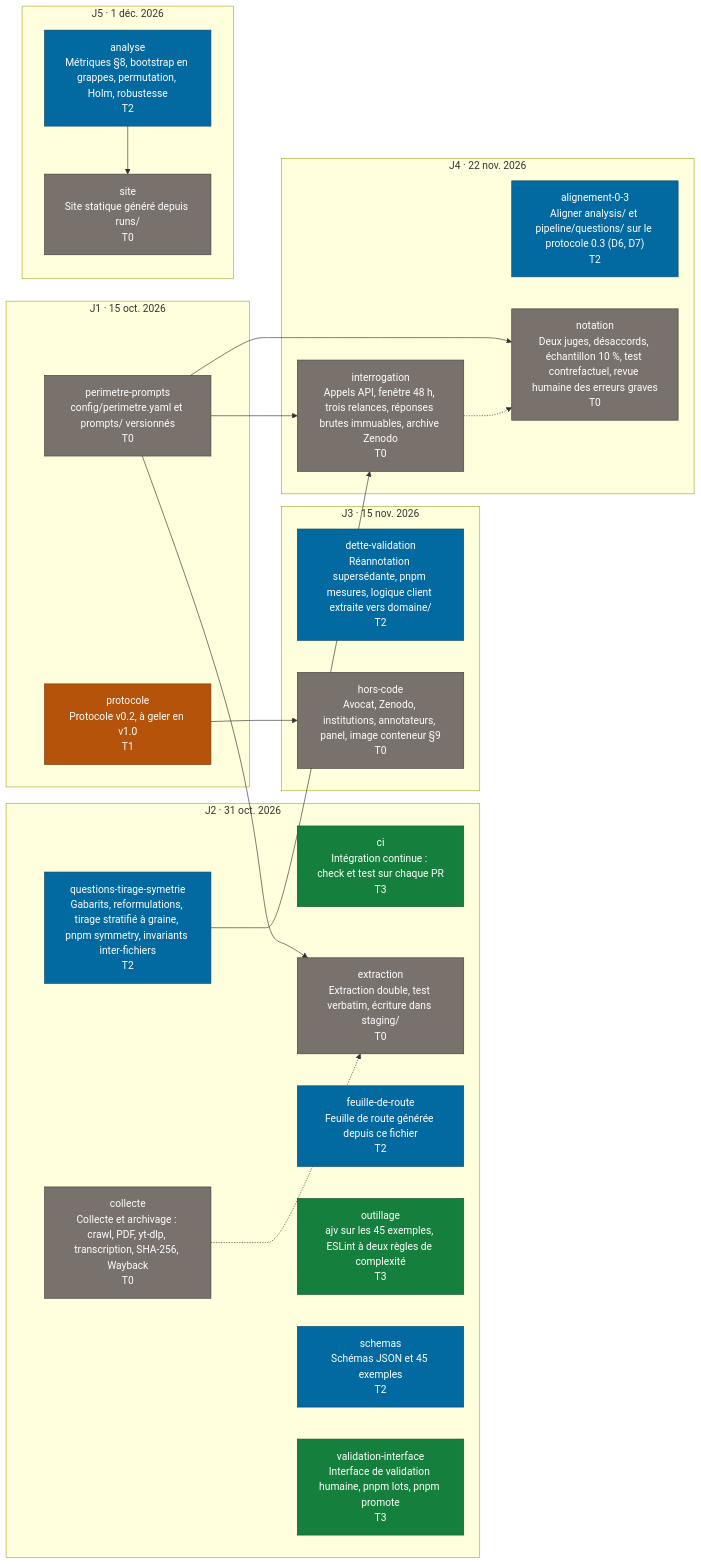
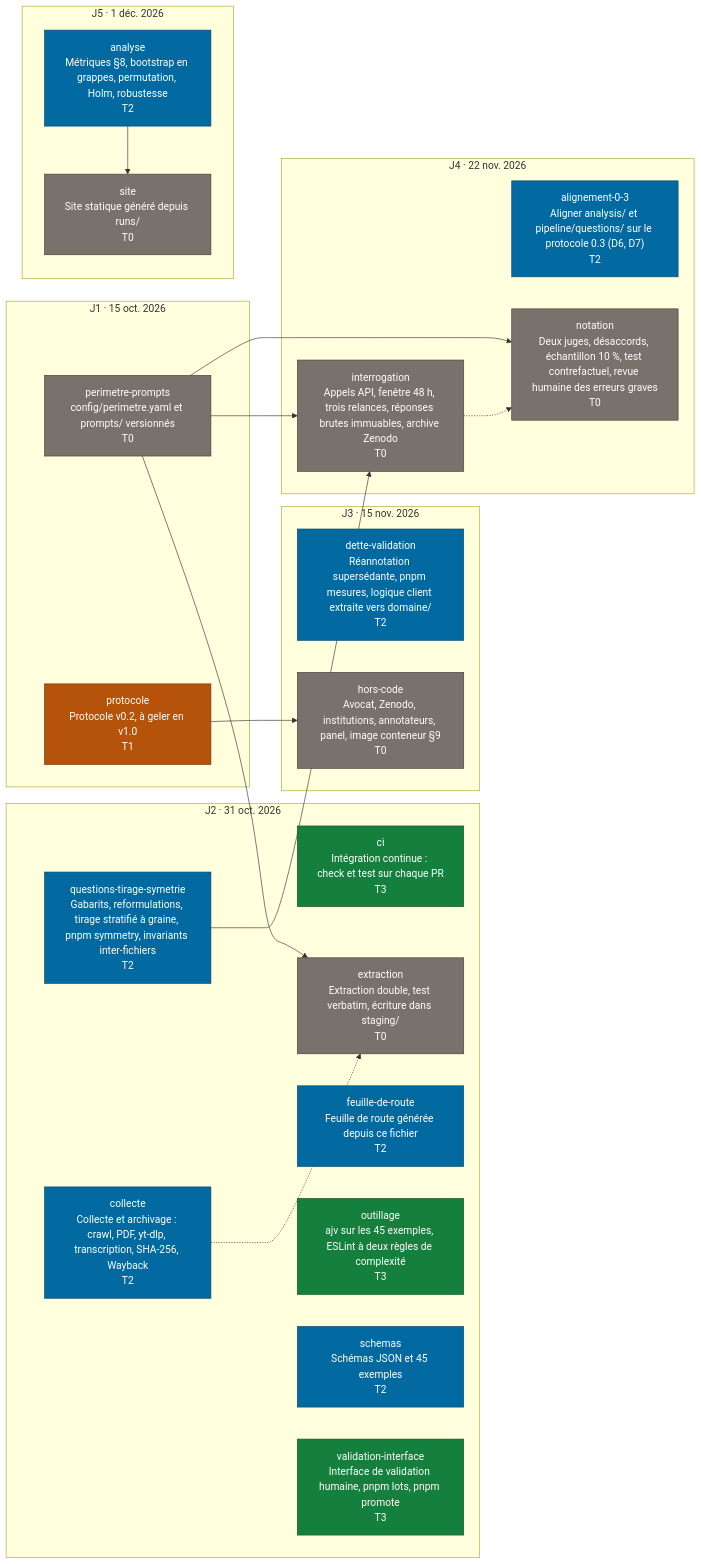
One commit to AzurNow/DEMOCRACIE_2027 changed the diagram in docs/FEUILLE-DE-ROUTE.md. Above: the diagram before and after it, drawn with Mermaid. The commit also changed other lines of this file and 2 other files, not shown here.

First line of the commit message:
docs: dette et feuille de route du sous-lot collecte C1

````diff
--- a/docs/FEUILLE-DE-ROUTE.md
+++ b/docs/FEUILLE-DE-ROUTE.md
@@ -47,44 +47,44 @@
 ```mermaid
 flowchart LR
   subgraph jalon_J1["J1 · 15 oct. 2026"]
     lot_perimetre_prompts["perimetre-prompts<br/>config/perimetre.yaml et prompts/ versionnés<br/>T0"]:::T0
     lot_protocole["protocole<br/>Protocole v0.2, à geler en v1.0<br/>T1"]:::T1
   end
   subgraph jalon_J2["J2 · 31 oct. 2026"]
     lot_ci["ci<br/>Intégration continue : check et test sur chaque PR<br/>T3"]:::T3
-    lot_collecte["collecte<br/>Collecte et archivage : crawl, PDF, yt-dlp, transcription, SHA-256, Wayback<br/>T0"]:::T0
+    lot_collecte["collecte<br/>Collecte et archivage : crawl, PDF, yt-dlp, transcription, SHA-256, Wayback<br/>T2"]:::T2
     lot_extraction["extraction<br/>Extraction double, test verbatim, écriture dans staging/<br/>T0"]:::T0
     lot_feuille_de_route["feuille-de-route<br/>Feuille de route générée depuis ce fichier<br/>T2"]:::T2
     lot_outillage["outillage<br/>ajv sur les 45 exemples, ESLint à deux règles de complexité<br/>T3"]:::T3
     lot_questions_tirage_symetrie["questions-tirage-symetrie<br/>Gabarits, reformulations, tirage stratifié à graine, pnpm symmetry, invariants inter-fichiers<br/>T2"]:::T2
     lot_schemas["schemas<br/>Schémas JSON et 45 exemples<br/>T2"]:::T2
     lot_validation_interface["validation-interface<br/>Interface de validation humaine, pnpm lots, pnpm promote<br/>T3"]:::T3
   end
   subgraph jalon_J3["J3 · 15 nov. 2026"]
     lot_dette_validation["dette-validation<br/>Réannotation supersédante, pnpm mesures, logique client extraite vers domaine/<br/>T2"]:::T2
     lot_hors_code["hors-code<br/>Avocat, Zenodo, institutions, annotateurs, panel, image conteneur §9<br/>T0"]:::T0
   end
   subgraph jalon_J4["J4 · 22 nov. 2026"]
     lot_alignement_0_3["alignement-0-3<br/>Aligner analysis/ et pipeline/questions/ sur le protocole 0.3 (D6, D7)<br/>T2"]:::T2
     lot_interrogation["interrogation<br/>Appels API, fenêtre 48 h, trois relances, réponses brutes immuables, archive Zenodo<br/>T0"]:::T0
     lot_notation["notation<br/>Deux juges, désaccords, échantillon 10 %, test contrefactuel, revue humaine des erreurs graves<br/>T0"]:::T0
   end
   subgraph jalon_J5["J5 · 1 déc. 2026"]
     lot_analyse["analyse<br/>Métriques §8, bootstrap en grappes, permutation, Holm, robustesse<br/>T2"]:::T2
     lot_site["site<br/>Site statique généré depuis runs/<br/>T0"]:::T0
   end
   lot_collecte -.-> lot_extraction
   lot_perimetre_prompts --> lot_extraction
   lot_protocole --> lot_hors_code
   lot_perimetre_prompts --> lot_interrogation
   lot_questions_tirage_symetrie --> lot_interrogation
   lot_interrogation -.-> lot_notation
   lot_perimetre_prompts --> lot_notation
   lot_analyse --> lot_site
   classDef T0 fill:#78716c,color:#ffffff,stroke:#44403c
   classDef T1 fill:#b45309,color:#ffffff,stroke:#78350f
   classDef T2 fill:#0369a1,color:#ffffff,stroke:#0c4a6e
   classDef T3 fill:#15803d,color:#ffffff,stroke:#14532d
   classDef T4 fill:#1d4ed8,color:#ffffff,stroke:#1e3a8a
   classDef decision fill:#b91c1c,color:#ffffff,stroke:#7f1d1d
 ```
````
